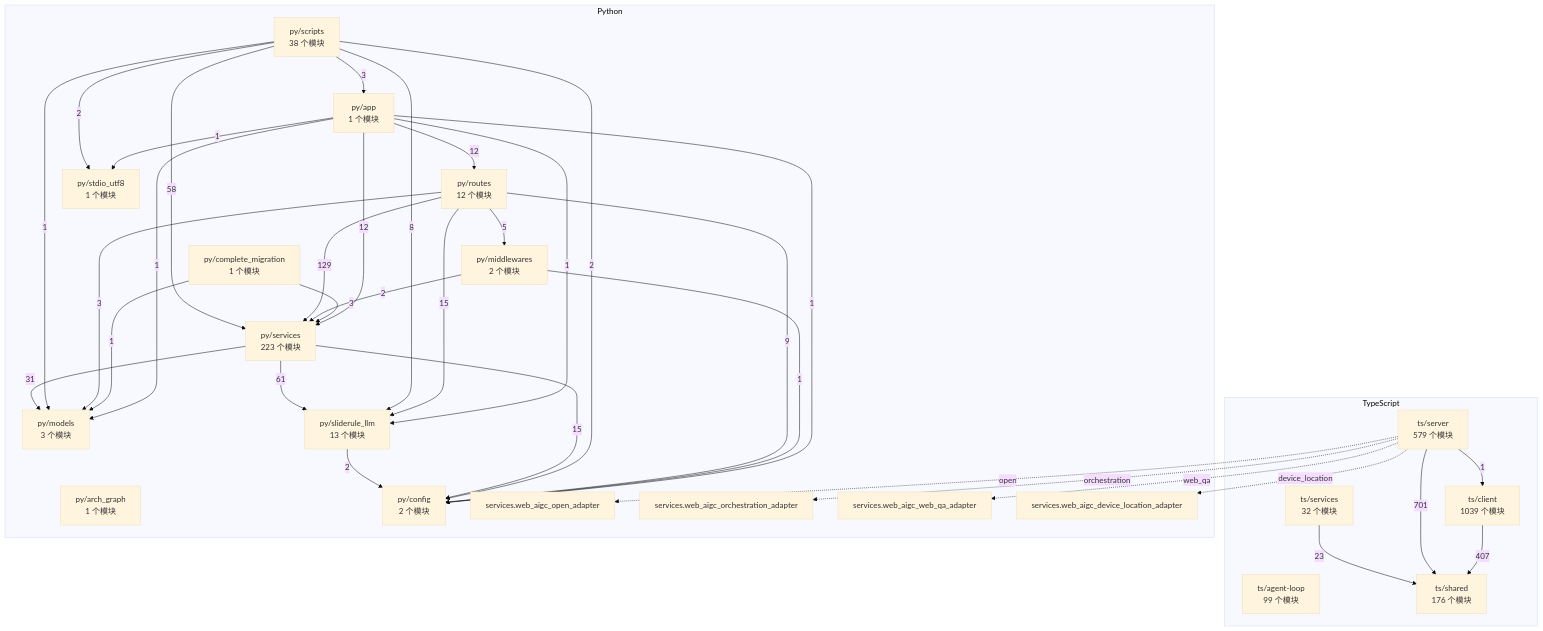
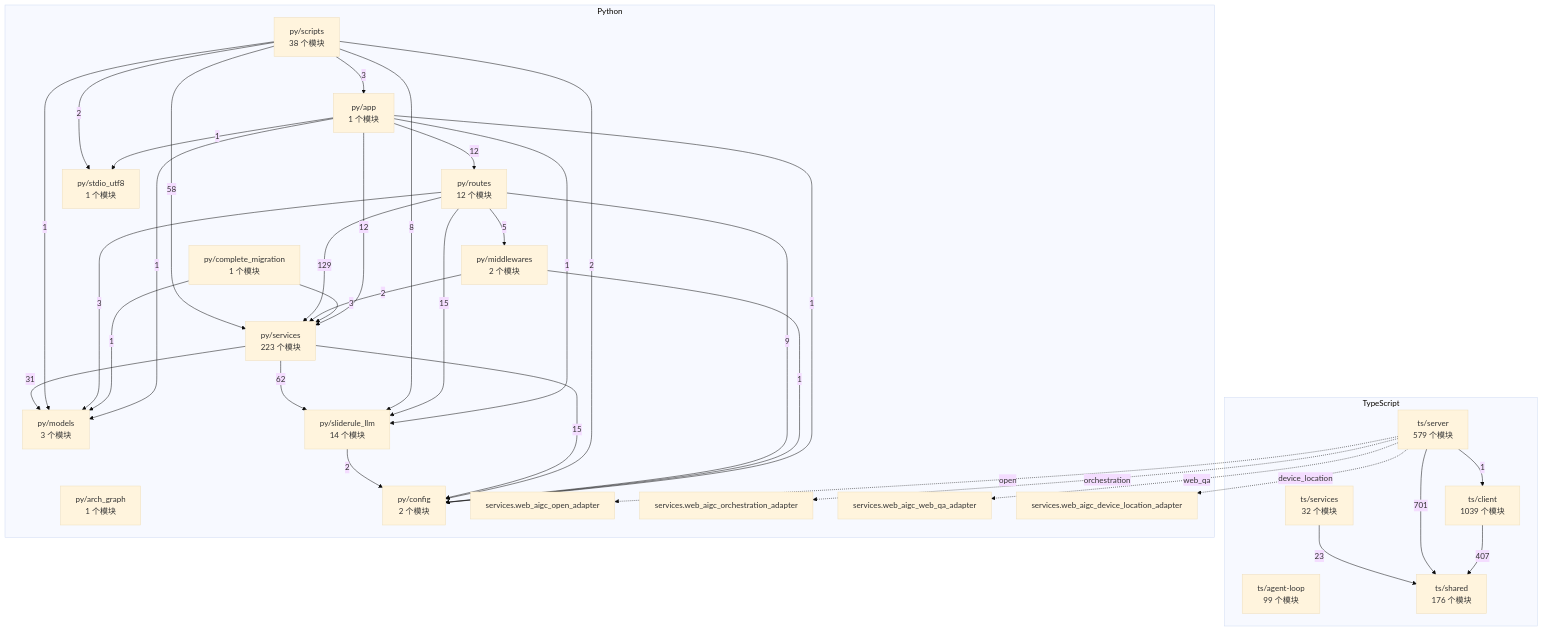
The diagram in docs/WhyBuddy 全仓架构图（自动生成）.md (2686521696/WhyBuddy), drawn with Mermaid (base theme) before and after one commit. The commit also changed 5 other files, not shown here.

````diff
--- a/docs/WhyBuddy 全仓架构图（自动生成）.md
+++ b/docs/WhyBuddy 全仓架构图（自动生成）.md
@@ -14,60 +14,60 @@
 ```mermaid
 flowchart TB
   subgraph ts [TypeScript]
     ts_agent_loop["ts/agent-loop<br/>99 个模块"]
     ts_client["ts/client<br/>1039 个模块"]
     ts_server["ts/server<br/>579 个模块"]
     ts_services["ts/services<br/>32 个模块"]
     ts_shared["ts/shared<br/>176 个模块"]
   end
   subgraph py [Python]
     py_app["py/app<br/>1 个模块"]
     py_arch_graph["py/arch_graph<br/>1 个模块"]
     py_complete_migration["py/complete_migration<br/>1 个模块"]
     py_config["py/config<br/>2 个模块"]
     py_middlewares["py/middlewares<br/>2 个模块"]
     py_models["py/models<br/>3 个模块"]
     py_routes["py/routes<br/>12 个模块"]
     py_scripts["py/scripts<br/>38 个模块"]
     py_services["py/services<br/>223 个模块"]
-    py_sliderule_llm["py/sliderule_llm<br/>13 个模块"]
+    py_sliderule_llm["py/sliderule_llm<br/>14 个模块"]
     py_stdio_utf8["py/stdio_utf8<br/>1 个模块"]
     py_services_web_aigc_open_adapter["services.web_aigc_open_adapter"]
     py_services_web_aigc_orchestration_adapter["services.web_aigc_orchestration_adapter"]
     py_services_web_aigc_web_qa_adapter["services.web_aigc_web_qa_adapter"]
     py_services_web_aigc_device_location_adapter["services.web_aigc_device_location_adapter"]
   end
   ts_client -->|407| ts_shared
   ts_server -->|1| ts_client
   ts_server -->|701| ts_shared
   ts_services -->|23| ts_shared
   py_app -->|1| py_config
   py_app -->|1| py_models
   py_app -->|12| py_routes
   py_app -->|12| py_services
   py_app -->|1| py_sliderule_llm
   py_app -->|1| py_stdio_utf8
   py_complete_migration -->|1| py_models
   py_complete_migration -->|3| py_services
   py_middlewares -->|1| py_config
   py_middlewares -->|2| py_services
   py_routes -->|9| py_config
   py_routes -->|5| py_middlewares
   py_routes -->|3| py_models
   py_routes -->|129| py_services
   py_routes -->|15| py_sliderule_llm
   py_scripts -->|3| py_app
   py_scripts -->|2| py_config
   py_scripts -->|1| py_models
   py_scripts -->|58| py_services
   py_scripts -->|8| py_sliderule_llm
   py_scripts -->|2| py_stdio_utf8
   py_services -->|15| py_config
   py_services -->|31| py_models
-  py_services -->|61| py_sliderule_llm
+  py_services -->|62| py_sliderule_llm
   py_sliderule_llm -->|2| py_config
   ts_server -.->|open| py_services_web_aigc_open_adapter
   ts_server -.->|orchestration| py_services_web_aigc_orchestration_adapter
   ts_server -.->|web_qa| py_services_web_aigc_web_qa_adapter
   ts_server -.->|device_location| py_services_web_aigc_device_location_adapter
 ```
````
